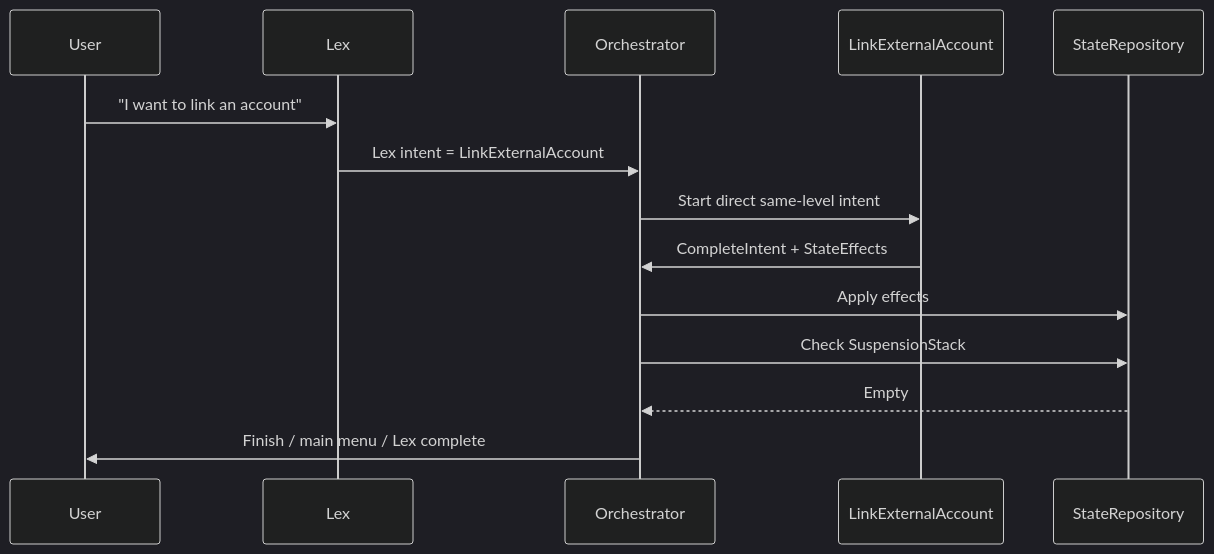
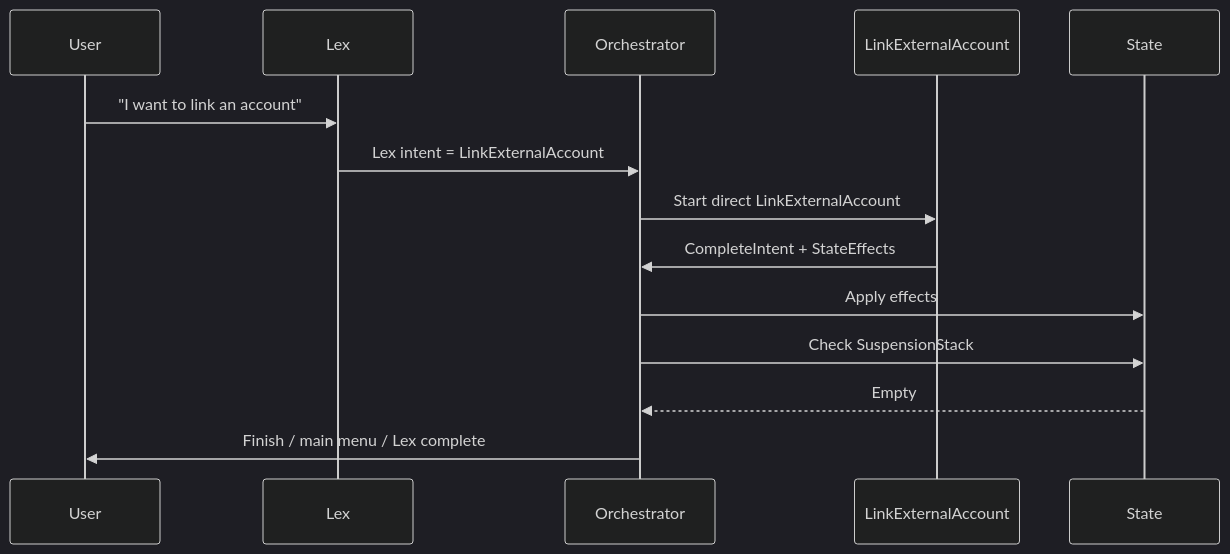
Before and after one commit to fghjkl007/adk-go-company-model-integration: the fourth of 8 diagrams in docs/superpowers/specs/2026-06-07-intent-step-orchestration-confluence.md, drawn with Mermaid (dark theme). The commit also changed other lines of this file, not shown here.

Commit message:
docs: simplify confluence demo diagrams

````diff
--- a/docs/superpowers/specs/2026-06-07-intent-step-orchestration-confluence.md
+++ b/docs/superpowers/specs/2026-06-07-intent-step-orchestration-confluence.md
@@ -173,17 +94,17 @@
 ```mermaid
 sequenceDiagram
   participant User
   participant Lex
   participant Orchestrator
   participant LinkExternalAccount
-  participant StateRepository
+  participant State
 
   User->>Lex: "I want to link an account"
   Lex->>Orchestrator: Lex intent = LinkExternalAccount
-  Orchestrator->>LinkExternalAccount: Start direct same-level intent
+  Orchestrator->>LinkExternalAccount: Start direct LinkExternalAccount
   LinkExternalAccount->>Orchestrator: CompleteIntent + StateEffects
-  Orchestrator->>StateRepository: Apply effects
-  Orchestrator->>StateRepository: Check SuspensionStack
-  StateRepository-->>Orchestrator: Empty
+  Orchestrator->>State: Apply effects
+  Orchestrator->>State: Check SuspensionStack
+  State-->>Orchestrator: Empty
   Orchestrator->>User: Finish / main menu / Lex complete
 ```
````
